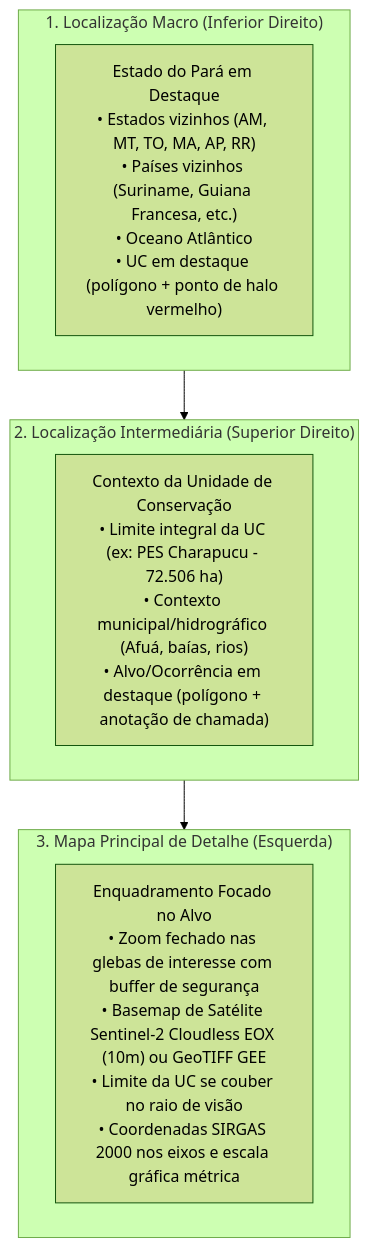
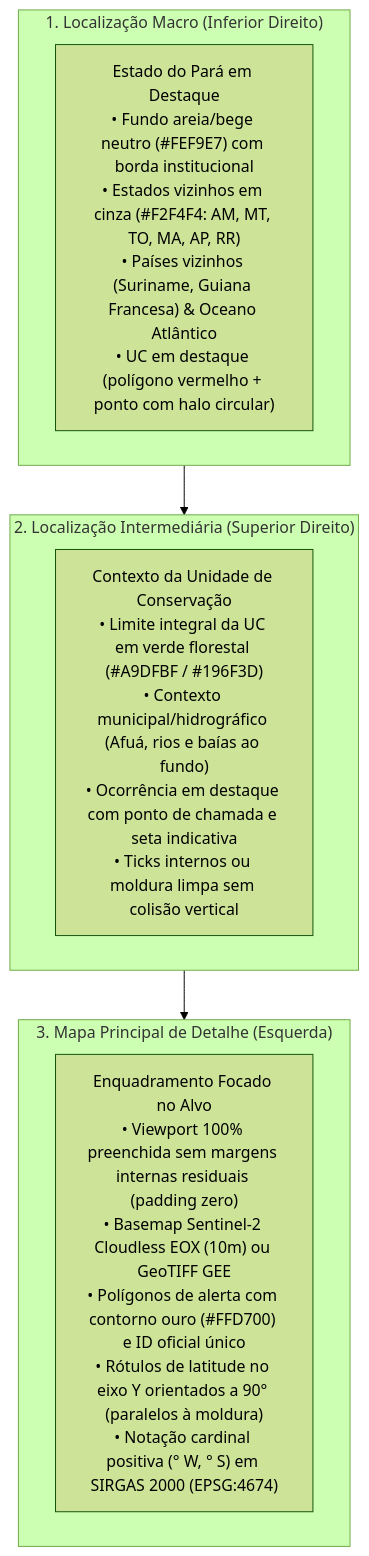
Before and after one commit to NGEO-IDEFLOR-Bio/restaura-pes-charapucu: the diagram in .agents/skills/qgis-layout-engine/SKILL.md, drawn with Mermaid (forest theme). The commit also changed other lines of this file and 4 other files, not shown here.

````diff
--- a/.agents/skills/qgis-layout-engine/SKILL.md
+++ b/.agents/skills/qgis-layout-engine/SKILL.md
@@ -24,17 +24,17 @@
 ```mermaid
 flowchart TD
     subgraph MACRO["1. Localização Macro (Inferior Direito)"]
-        M1["Estado do Pará em Destaque<br/>• Estados vizinhos (AM, MT, TO, MA, AP, RR)<br/>• Países vizinhos (Suriname, Guiana Francesa, etc.)<br/>• Oceano Atlântico<br/>• UC em destaque (polígono + ponto de halo vermelho)"]
+        M1["Estado do Pará em Destaque<br/>• Fundo areia/bege neutro (#FEF9E7) com borda institucional<br/>• Estados vizinhos em cinza (#F2F4F4: AM, MT, TO, MA, AP, RR)<br/>• Países vizinhos (Suriname, Guiana Francesa) & Oceano Atlântico<br/>• UC em destaque (polígono vermelho + ponto com halo circular)"]
     end
 
     subgraph INTERMEDIARIO["2. Localização Intermediária (Superior Direito)"]
-        I1["Contexto da Unidade de Conservação<br/>• Limite integral da UC (ex: PES Charapucu - 72.506 ha)<br/>• Contexto municipal/hidrográfico (Afuá, baías, rios)<br/>• Alvo/Ocorrência em destaque (polígono + anotação de chamada)"]
+        I1["Contexto da Unidade de Conservação<br/>• Limite integral da UC em verde florestal (#A9DFBF / #196F3D)<br/>• Contexto municipal/hidrográfico (Afuá, rios e baías ao fundo)<br/>• Ocorrência em destaque com ponto de chamada e seta indicativa<br/>• Ticks internos ou moldura limpa sem colisão vertical"]
     end
 
     subgraph DETALHE["3. Mapa Principal de Detalhe (Esquerda)"]
-        D1["Enquadramento Focado no Alvo<br/>• Zoom fechado nas glebas de interesse com buffer de segurança<br/>• Basemap de Satélite Sentinel-2 Cloudless EOX (10m) ou GeoTIFF GEE<br/>• Limite da UC se couber no raio de visão<br/>• Coordenadas SIRGAS 2000 nos eixos e escala gráfica métrica"]
+        D1["Enquadramento Focado no Alvo<br/>• Viewport 100% preenchida sem margens internas residuais (padding zero)<br/>• Basemap Sentinel-2 Cloudless EOX (10m) ou GeoTIFF GEE<br/>• Polígonos de alerta com contorno ouro (#FFD700) e ID oficial único<br/>• Rótulos de latitude no eixo Y orientados a 90° (paralelos à moldura)<br/>• Notação cardinal positiva (° W, ° S) em SIRGAS 2000 (EPSG:4674)"]
     end
 
     MACRO --> INTERMEDIARIO
     INTERMEDIARIO --> DETALHE
 ```
````
